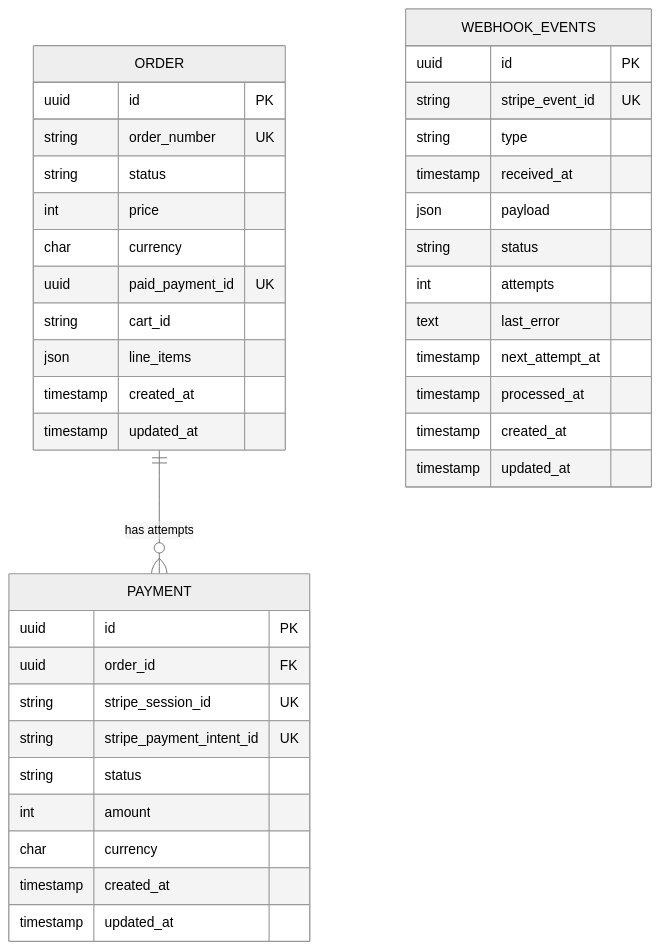
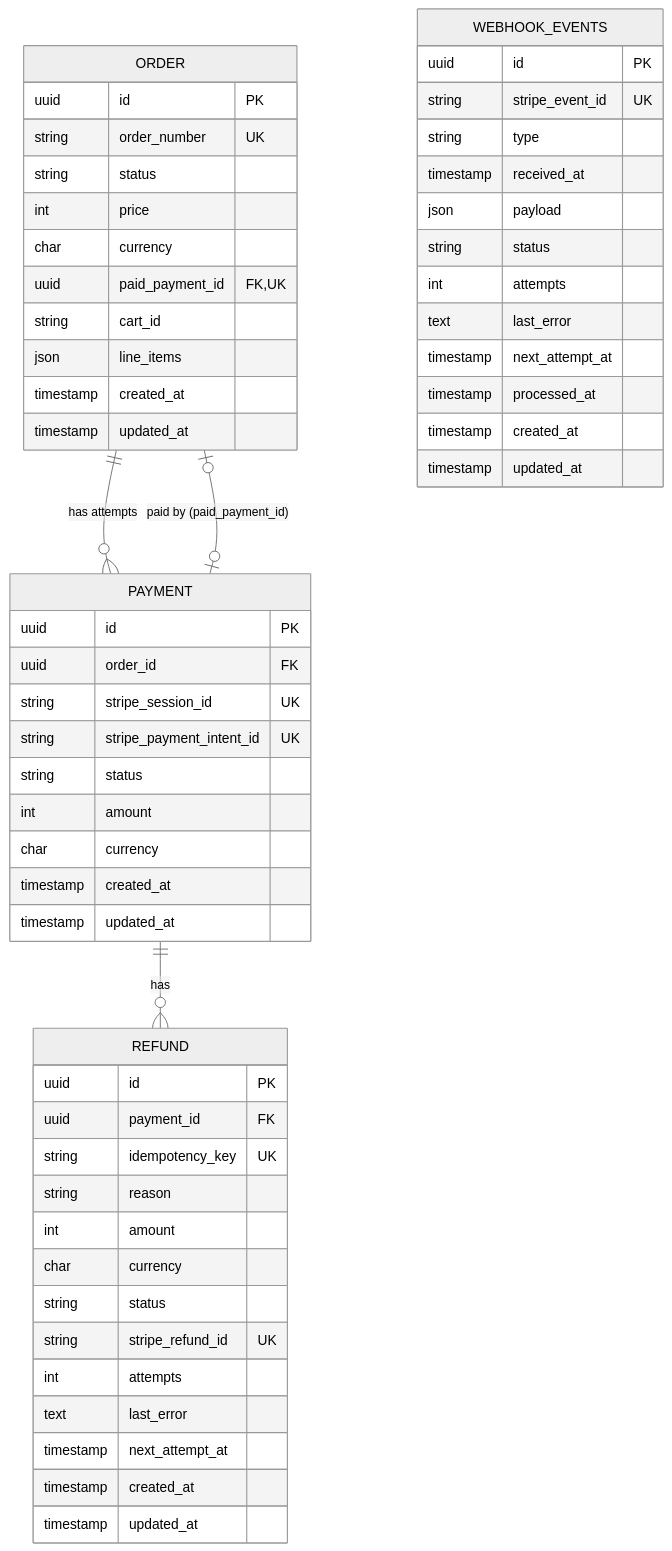
Before and after one commit to ianmarkdev/stripe-payment: the diagram in docs/data-model.md, drawn with Mermaid (neutral theme). The commit also changed other lines of this file and 9 other files, not shown here.

Commit message:
add refund table, update invariants. make schema changes

````diff
--- a/docs/data-model.md
+++ b/docs/data-model.md
@@ -4,44 +4,62 @@
 ```mermaid
 erDiagram
     ORDER ||--o{ PAYMENT : "has attempts"
+    ORDER |o--o| PAYMENT : "paid by (paid_payment_id)"
+    PAYMENT ||--o{ REFUND : "has"
 
     ORDER {
         uuid id PK
         string order_number UK
         string status
         int price
         char currency
-        uuid paid_payment_id UK
+        uuid paid_payment_id FK, UK
         string cart_id
         json line_items
         timestamp created_at
         timestamp updated_at
     }
 
     PAYMENT {
         uuid id PK
         uuid order_id FK
         string stripe_session_id UK
         string stripe_payment_intent_id UK
         string status
         int amount
         char currency
         timestamp created_at
         timestamp updated_at
     }
 
     WEBHOOK_EVENTS {
         uuid id PK
         string stripe_event_id UK
         string type
         timestamp received_at
         json payload
         string status
         int attempts
         text last_error
         timestamp next_attempt_at
         timestamp processed_at
         timestamp created_at
         timestamp updated_at
     }
+
+    REFUND {
+        uuid id PK
+        uuid payment_id FK
+        string idempotency_key UK
+        string reason
+        int amount
+        char currency
+        string status
+        string stripe_refund_id UK
+        int attempts
+        text last_error
+        timestamp next_attempt_at
+        timestamp created_at
+        timestamp updated_at
+    }
 ```
````
